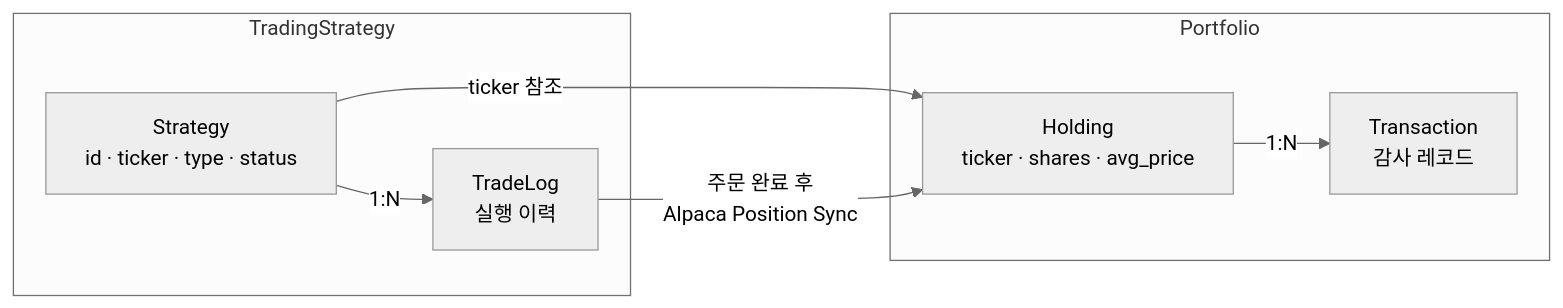
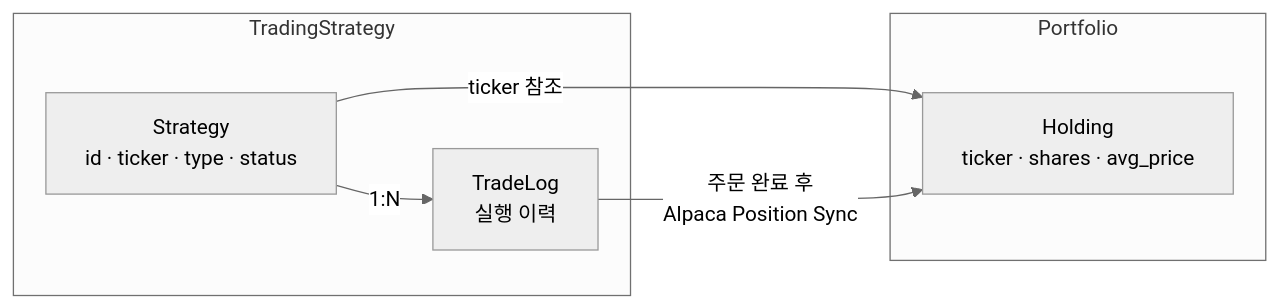
The second of 5 diagrams in .claude/docs/architecture-ddd.md (yogurt-c/auto-trading), drawn with Mermaid (neutral theme) before and after one commit. The commit also changed other lines of this file and 44 other files, not shown here.

````diff
--- a/.claude/docs/architecture-ddd.md
+++ b/.claude/docs/architecture-ddd.md
@@ -91,17 +91,15 @@
 ```mermaid
 graph LR
     subgraph Portfolio
         H[Holding<br/>ticker · shares · avg_price]
-        T[Transaction<br/>감사 레코드]
-        H -->|1:N| T
     end
 
     subgraph TradingStrategy
         S[Strategy<br/>id · ticker · type · status]
         TL[TradeLog<br/>실행 이력]
         S -->|1:N| TL
     end
 
     S -->|ticker 참조| H
     TL -->|주문 완료 후<br/>Alpaca Position Sync| H
 ```
````
